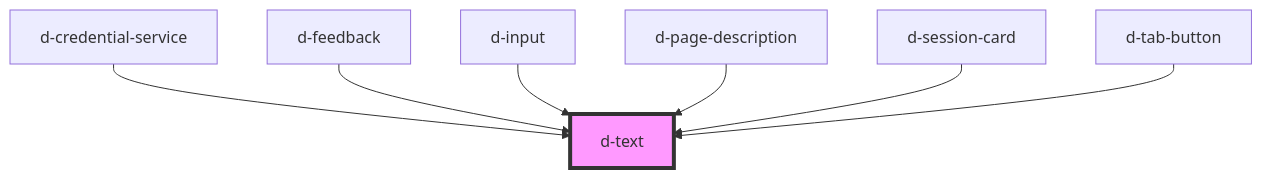
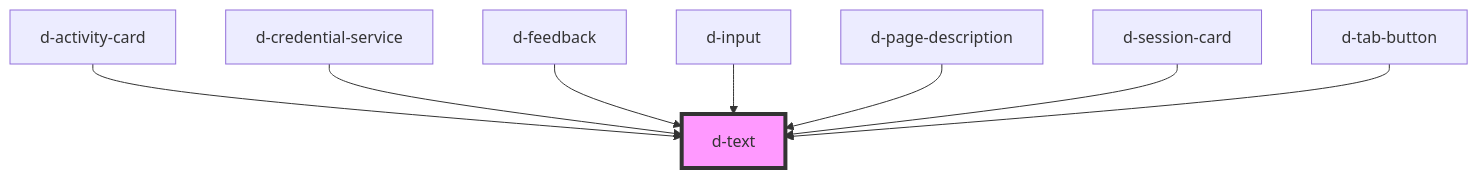
The diagram in src/components/text/readme.md (ForkbombEu/didroom-components), drawn with Mermaid before and after one commit. The commit also changed other lines of this file and 9 other files, not shown here.

First line of the commit message:
feat: activity card (#101)

````diff
--- a/src/components/text/readme.md
+++ b/src/components/text/readme.md
@@ -28,10 +29,11 @@
 ```mermaid
 graph TD;
+  d-activity-card --> d-text
   d-credential-service --> d-text
   d-feedback --> d-text
   d-input --> d-text
   d-page-description --> d-text
   d-session-card --> d-text
   d-tab-button --> d-text
   style d-text fill:#f9f,stroke:#333,stroke-width:4px
 ```
````
